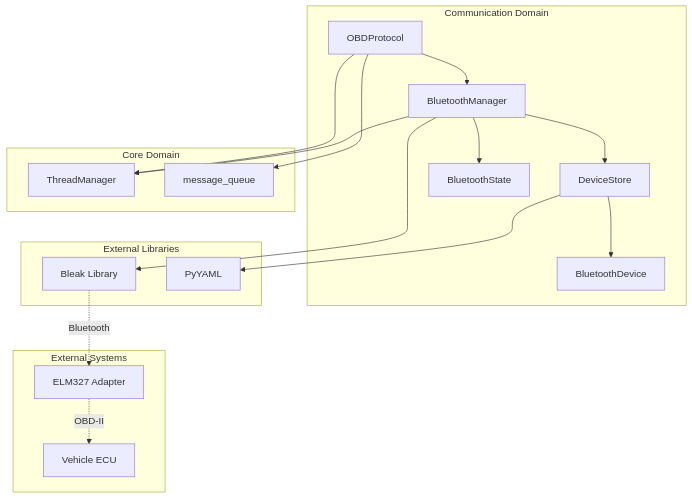
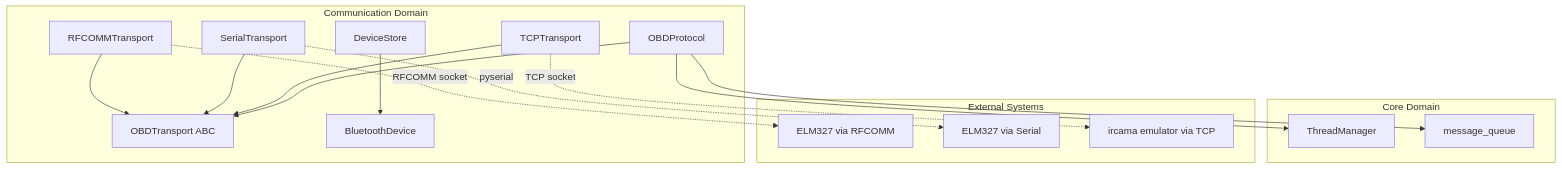
One commit to William12556/GTach changed the first of 4 diagrams in workspace/design/design-7d3e9f5a-domain_comm.md. Above: the diagram before and after it, drawn with Mermaid. The commit also changed other lines of this file and 36 other files, not shown here.

````diff
--- a/workspace/design/design-7d3e9f5a-domain_comm.md
+++ b/workspace/design/design-7d3e9f5a-domain_comm.md
@@ -519,40 +616,35 @@
 ```mermaid
 graph TB
     subgraph "Communication Domain"
-        BM[BluetoothManager]
+        TR[OBDTransport ABC]
+        RF[RFCOMMTransport]
+        SE[SerialTransport]
+        TC[TCPTransport]
         OBD[OBDProtocol]
         DS[DeviceStore]
         BD[BluetoothDevice]
-        BS[BluetoothState]
     end
-    
-    subgraph "External Libraries"
-        BLEAK[Bleak Library]
-        YAML[PyYAML]
-    end
-    
+
     subgraph "Core Domain"
         TM[ThreadManager]
         MQ[message_queue]
     end
-    
-    BM --> BLEAK
-    BM --> DS
-    BM --> TM
-    BM --> BS
-    
-    OBD --> BM
+
+    subgraph "External Systems"
+        ELM1[ELM327 via RFCOMM]
+        ELM2[ELM327 via Serial]
+        ELM3[ircama emulator via TCP]
+    end
+
+    RF --> TR
+    SE --> TR
+    TC --> TR
+    OBD --> TR
     OBD --> TM
     OBD --> MQ
-    
-    DS --> YAML
     DS --> BD
-    
-    subgraph "External Systems"
-        ELM[ELM327 Adapter]
-        ECU[Vehicle ECU]
-    end
-    
-    BLEAK -.->|Bluetooth| ELM
-    ELM -.->|OBD-II| ECU
+
+    RF -.->|RFCOMM socket| ELM1
+    SE -.->|pyserial| ELM2
+    TC -.->|TCP socket| ELM3
 ```
````
